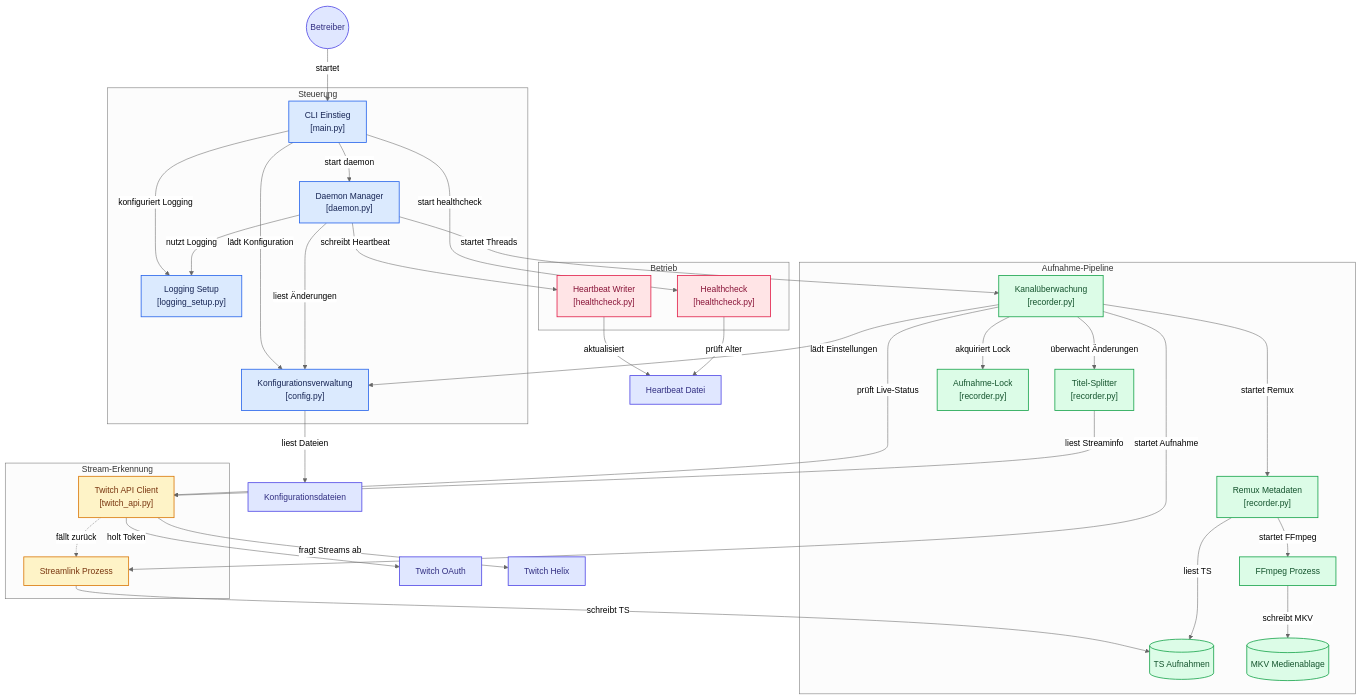
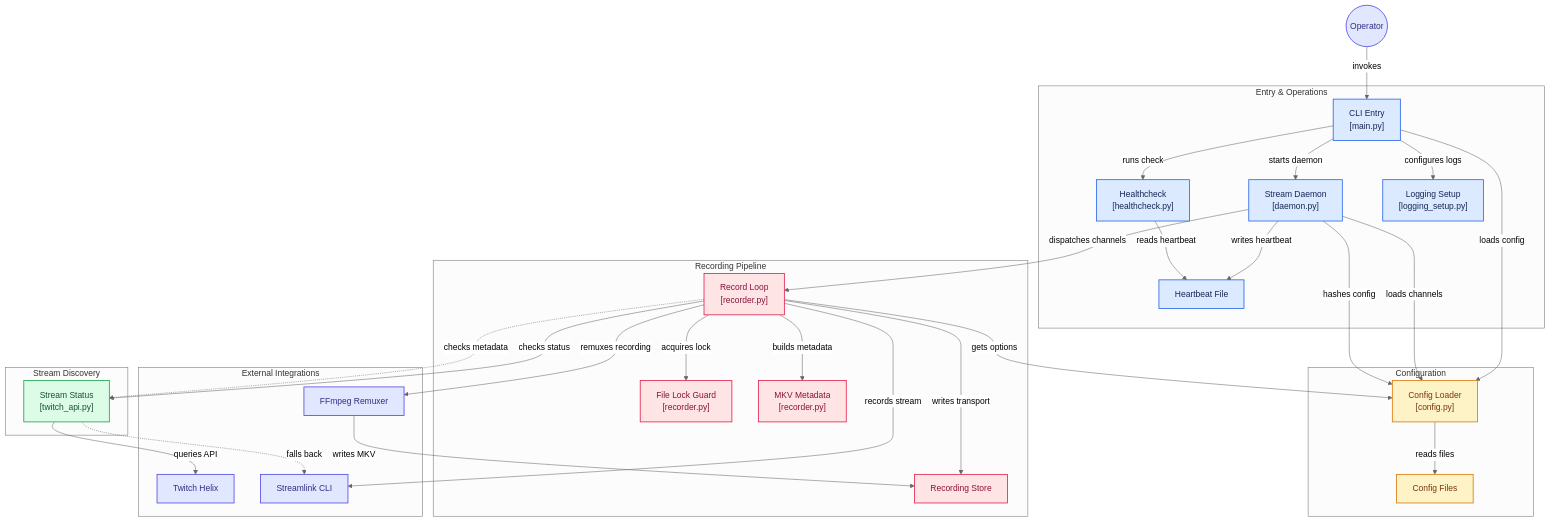
Before and after one commit to chaos7x/tw-recorder: the diagram in ARCHITECTURE.md, drawn with Mermaid (neutral theme).

Commit message:
Update maremaid (#77)

````diff
--- a/ARCHITECTURE.md
+++ b/ARCHITECTURE.md
@@ -7,77 +7,70 @@
 ```mermaid
 flowchart TD
 
-subgraph group_control["Steuerung"]
-  node_cli["CLI Einstieg<br/>[main.py]"]
-  node_daemon["Daemon Manager<br/>[daemon.py]"]
-  node_config["Konfigurationsverwaltung<br/>[config.py]"]
+subgraph group_entry_ops["Entry &amp; Operations"]
+  node_cli["CLI Entry<br/>[main.py]"]
+  node_daemon["Stream Daemon<br/>[daemon.py]"]
+  node_healthcheck["Healthcheck<br/>[healthcheck.py]"]
   node_logging["Logging Setup<br/>[logging_setup.py]"]
+  node_heartbeat["Heartbeat File"]
 end
 
-subgraph group_discovery["Stream-Erkennung"]
-  node_streamlink["Streamlink Prozess"]
-  node_twitch_api["Twitch API Client<br/>[twitch_api.py]"]
+subgraph group_configuration["Configuration"]
+  node_config_loader["Config Loader<br/>[config.py]"]
+  node_config_files["Config Files"]
 end
 
-subgraph group_recording["Aufnahme-Pipeline"]
-  node_monitor["Kanalüberwachung<br/>[recorder.py]"]
-  node_split_logic["Titel-Splitter<br/>[recorder.py]"]
-  node_lock["Aufnahme-Lock<br/>[recorder.py]"]
-  node_raw_store[("TS Aufnahmen")]
-  node_remux["Remux Metadaten<br/>[recorder.py]"]
-  node_final_store[("MKV Medienablage")]
-  node_ffmpeg["FFmpeg Prozess"]
+subgraph group_discovery["Stream Discovery"]
+  node_stream_status["Stream Status<br/>[twitch_api.py]"]
 end
 
-subgraph group_operations["Betrieb"]
-  node_heartbeat_writer["Heartbeat Writer<br/>[healthcheck.py]"]
-  node_healthcheck["Healthcheck<br/>[healthcheck.py]"]
+subgraph group_recording["Recording Pipeline"]
+  node_stream_recorder["Record Loop<br/>[recorder.py]"]
+  node_lock_guard["File Lock Guard<br/>[recorder.py]"]
+  node_recording_store["Recording Store"]
+  node_output_metadata["MKV Metadata<br/>[recorder.py]"]
 end
 
-node_operator(("Betreiber"))
-node_config_files["Konfigurationsdateien"]
-node_oauth_service["Twitch OAuth"]
-node_helix_service["Twitch Helix"]
-node_heartbeat_file["Heartbeat Datei"]
+subgraph group_external["External Integrations"]
+  node_twitch_helix["Twitch Helix"]
+  node_streamlink["Streamlink CLI"]
+  node_ffmpeg["FFmpeg Remuxer"]
+end
 
-node_operator -->|"startet"| node_cli
-node_cli -->|"start daemon"| node_daemon
-node_cli -->|"start healthcheck"| node_healthcheck
-node_cli -->|"lädt Konfiguration"| node_config
-node_cli -->|"konfiguriert Logging"| node_logging
-node_config -->|"liest Dateien"| node_config_files
-node_daemon -->|"liest Änderungen"| node_config
-node_daemon -->|"nutzt Logging"| node_logging
-node_daemon -->|"startet Threads"| node_monitor
-node_daemon -->|"schreibt Heartbeat"| node_heartbeat_writer
-node_monitor -->|"lädt Einstellungen"| node_config
-node_monitor -->|"prüft Live-Status"| node_twitch_api
-node_twitch_api -->|"holt Token"| node_oauth_service
-node_twitch_api -->|"fragt Streams ab"| node_helix_service
-node_twitch_api -.->|"fällt zurück"| node_streamlink
-node_monitor -->|"startet Aufnahme"| node_streamlink
-node_monitor -->|"akquiriert Lock"| node_lock
-node_streamlink -->|"schreibt TS"| node_raw_store
-node_monitor -->|"überwacht Änderungen"| node_split_logic
-node_split_logic -->|"liest Streaminfo"| node_twitch_api
-node_monitor -->|"startet Remux"| node_remux
-node_remux -->|"liest TS"| node_raw_store
-node_remux -->|"startet FFmpeg"| node_ffmpeg
-node_ffmpeg -->|"schreibt MKV"| node_final_store
-node_heartbeat_writer -->|"aktualisiert"| node_heartbeat_file
-node_healthcheck -->|"prüft Alter"| node_heartbeat_file
+node_operator(("Operator"))
+
+node_operator -->|"invokes"| node_cli
+node_cli -->|"loads config"| node_config_loader
+node_cli -->|"configures logs"| node_logging
+node_cli -->|"starts daemon"| node_daemon
+node_cli -->|"runs check"| node_healthcheck
+node_daemon -->|"loads channels"| node_config_loader
+node_config_loader -->|"reads files"| node_config_files
+node_daemon -->|"hashes config"| node_config_loader
+node_daemon -->|"dispatches channels"| node_stream_recorder
+node_daemon -->|"writes heartbeat"| node_heartbeat
+node_healthcheck -->|"reads heartbeat"| node_heartbeat
+node_stream_recorder -->|"acquires lock"| node_lock_guard
+node_stream_recorder -->|"gets options"| node_config_loader
+node_stream_recorder -->|"checks status"| node_stream_status
+node_stream_status -->|"queries API"| node_twitch_helix
+node_stream_status -.->|"falls back"| node_streamlink
+node_stream_recorder -->|"records stream"| node_streamlink
+node_stream_recorder -.->|"checks metadata"| node_stream_status
+node_stream_recorder -->|"writes transport"| node_recording_store
+node_stream_recorder -->|"builds metadata"| node_output_metadata
+node_stream_recorder -->|"remuxes recording"| node_ffmpeg
+node_ffmpeg -->|"writes MKV"| node_recording_store
 
 click node_cli "https://github.com/chaos7x/tw-recorder/blob/main/src/tw_recorder/main.py"
 click node_daemon "https://github.com/chaos7x/tw-recorder/blob/main/src/tw_recorder/daemon.py"
-click node_config "https://github.com/chaos7x/tw-recorder/blob/main/src/tw_recorder/config.py"
+click node_healthcheck "https://github.com/chaos7x/tw-recorder/blob/main/src/tw_recorder/healthcheck.py"
 click node_logging "https://github.com/chaos7x/tw-recorder/blob/main/src/tw_recorder/logging_setup.py"
-click node_monitor "https://github.com/chaos7x/tw-recorder/blob/main/src/tw_recorder/recorder.py"
-click node_split_logic "https://github.com/chaos7x/tw-recorder/blob/main/src/tw_recorder/recorder.py"
-click node_lock "https://github.com/chaos7x/tw-recorder/blob/main/src/tw_recorder/recorder.py"
-click node_remux "https://github.com/chaos7x/tw-recorder/blob/main/src/tw_recorder/recorder.py"
-click node_twitch_api "https://github.com/chaos7x/tw-recorder/blob/main/src/tw_recorder/twitch_api.py"
-click node_heartbeat_writer "https://github.com/chaos7x/tw-recorder/blob/main/src/tw_recorder/healthcheck.py"
-click node_healthcheck "https://github.com/chaos7x/tw-recorder/blob/main/src/tw_recorder/healthcheck.py"
+click node_config_loader "https://github.com/chaos7x/tw-recorder/blob/main/src/tw_recorder/config.py"
+click node_stream_recorder "https://github.com/chaos7x/tw-recorder/blob/main/src/tw_recorder/recorder.py"
+click node_lock_guard "https://github.com/chaos7x/tw-recorder/blob/main/src/tw_recorder/recorder.py"
+click node_stream_status "https://github.com/chaos7x/tw-recorder/blob/main/src/tw_recorder/twitch_api.py"
+click node_output_metadata "https://github.com/chaos7x/tw-recorder/blob/main/src/tw_recorder/recorder.py"
 
 classDef toneNeutral fill:#f8fafc,stroke:#334155,stroke-width:1.5px,color:#0f172a
 classDef toneBlue fill:#dbeafe,stroke:#2563eb,stroke-width:1.5px,color:#172554
@@ -86,9 +79,9 @@
 classDef toneRose fill:#ffe4e6,stroke:#e11d48,stroke-width:1.5px,color:#881337
 classDef toneIndigo fill:#e0e7ff,stroke:#4f46e5,stroke-width:1.5px,color:#312e81
 classDef toneTeal fill:#ccfbf1,stroke:#0f766e,stroke-width:1.5px,color:#134e4a
-class node_cli,node_daemon,node_config,node_logging toneBlue
-class node_streamlink,node_twitch_api toneAmber
-class node_monitor,node_split_logic,node_lock,node_raw_store,node_remux,node_final_store,node_ffmpeg toneMint
-class node_heartbeat_writer,node_healthcheck toneRose
-class node_operator,node_config_files,node_oauth_service,node_helix_service,node_heartbeat_file toneIndigo
+class node_cli,node_daemon,node_healthcheck,node_logging,node_heartbeat toneBlue
+class node_config_loader,node_config_files toneAmber
+class node_stream_status toneMint
+class node_stream_recorder,node_lock_guard,node_recording_store,node_output_metadata toneRose
+class node_twitch_helix,node_streamlink,node_ffmpeg,node_operator toneIndigo
 ```
````
